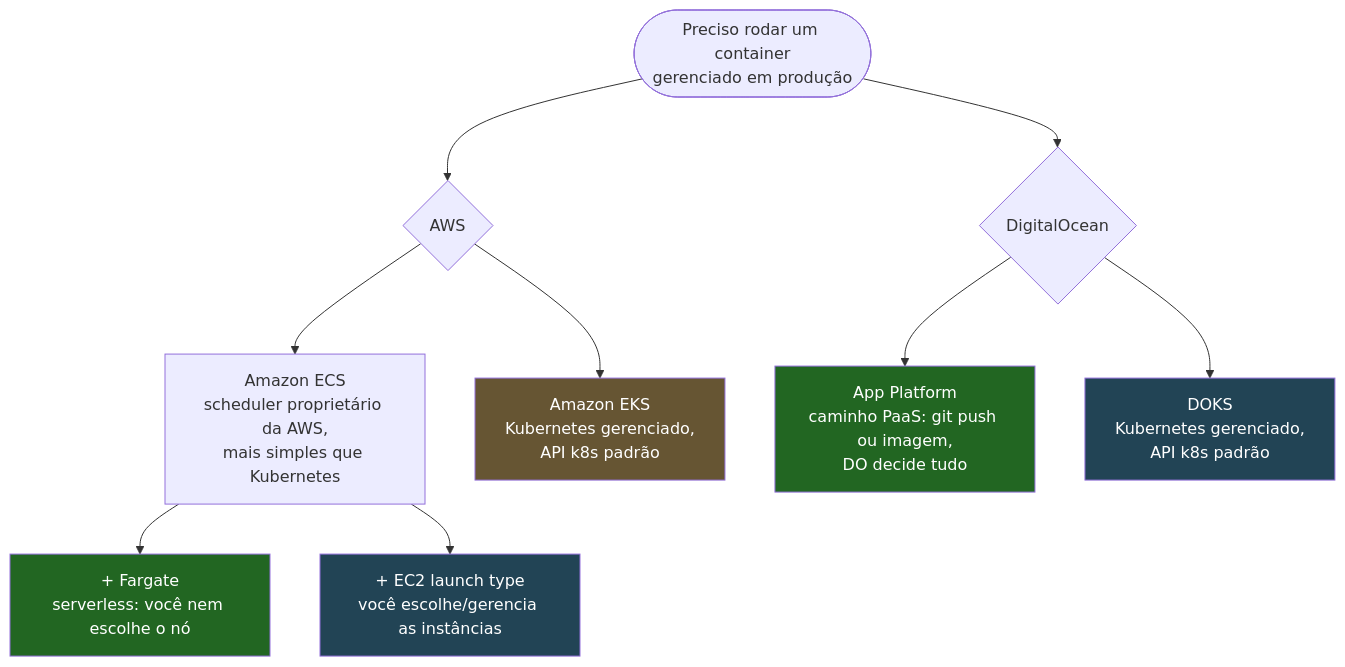
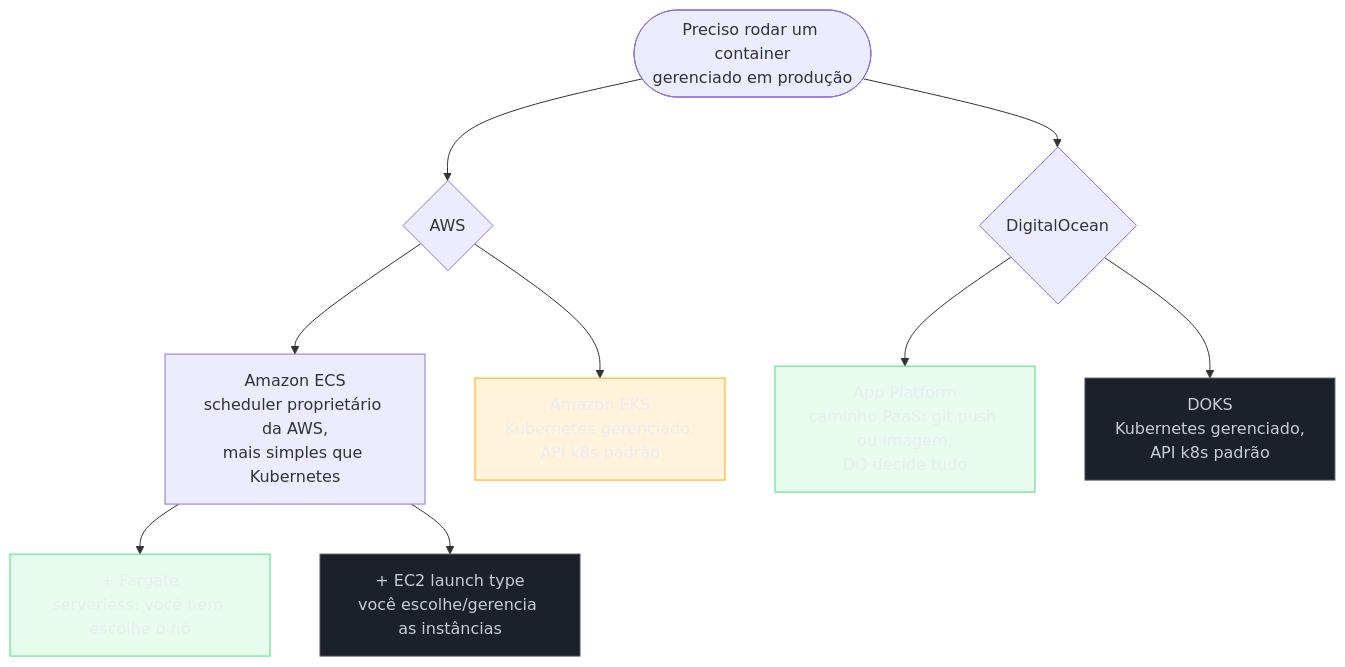
The third of 3 diagrams in 03-Dominios/Tecnologia/Cloud/12 - Containers gerenciados/01 - O que é um container gerenciado.md (josenaldo/codex-technomanticus), drawn with Mermaid before and after one commit. The commit also changed other lines of this file and 1181 other files, not shown here.

First line of the commit message:
fix(diagramas): paleta do sistema no lugar de cor cravada no markdown

````diff
--- a/03-Dominios/Tecnologia/Cloud/12 - Containers gerenciados/01 - O que é um container gerenciado.md
+++ b/03-Dominios/Tecnologia/Cloud/12 - Containers gerenciados/01 - O que é um container gerenciado.md
@@ -137,22 +141,25 @@
 ```mermaid
 flowchart TD
+    classDef ok fill:#4ADE8021,stroke:#4ADE80,color:#E9ECF2
+    classDef neutro fill:#1B2029,stroke:#4E5666,color:#C6CCD8
+    classDef destaque fill:#FFAA0024,stroke:#FFAA00,color:#E9ECF2
     Start(["Preciso rodar um container<br/>gerenciado em produção"])
 
     Start --> AWS_Q{"AWS"}
     Start --> DO_Q{"DigitalOcean"}
 
     AWS_Q --> ECS["Amazon ECS<br/>scheduler proprietário da AWS,<br/>mais simples que Kubernetes"]
     AWS_Q --> EKS["Amazon EKS<br/>Kubernetes gerenciado,<br/>API k8s padrão"]
 
     ECS --> Fargate["+ Fargate<br/>serverless: você nem escolhe o nó"]
     ECS --> EC2LT["+ EC2 launch type<br/>você escolhe/gerencia as instâncias"]
 
     DO_Q --> AppPlat["App Platform<br/>caminho PaaS: git push ou imagem,<br/>DO decide tudo"]
     DO_Q --> DOKS["DOKS<br/>Kubernetes gerenciado,<br/>API k8s padrão"]
 
-    style Fargate fill:#262,color:#fff
-    style EC2LT fill:#245,color:#fff
-    style AppPlat fill:#262,color:#fff
-    style DOKS fill:#245,color:#fff
-    style EKS fill:#653,color:#fff
+    class Fargate ok
+    class EC2LT neutro
+    class AppPlat ok
+    class DOKS neutro
+    class EKS destaque
 ```
````
